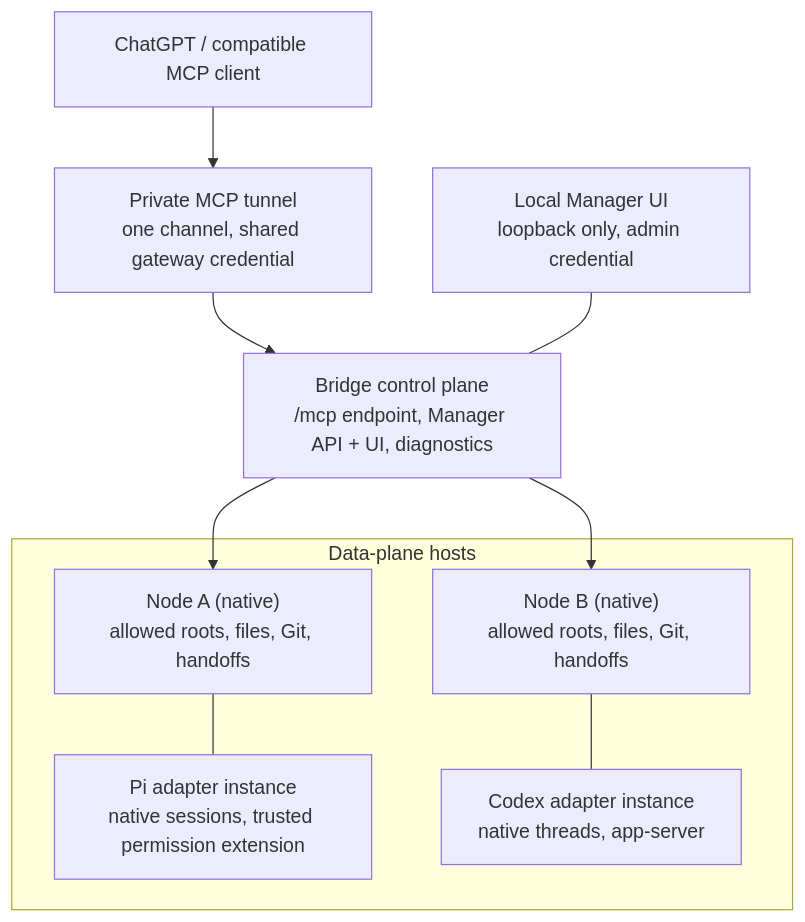
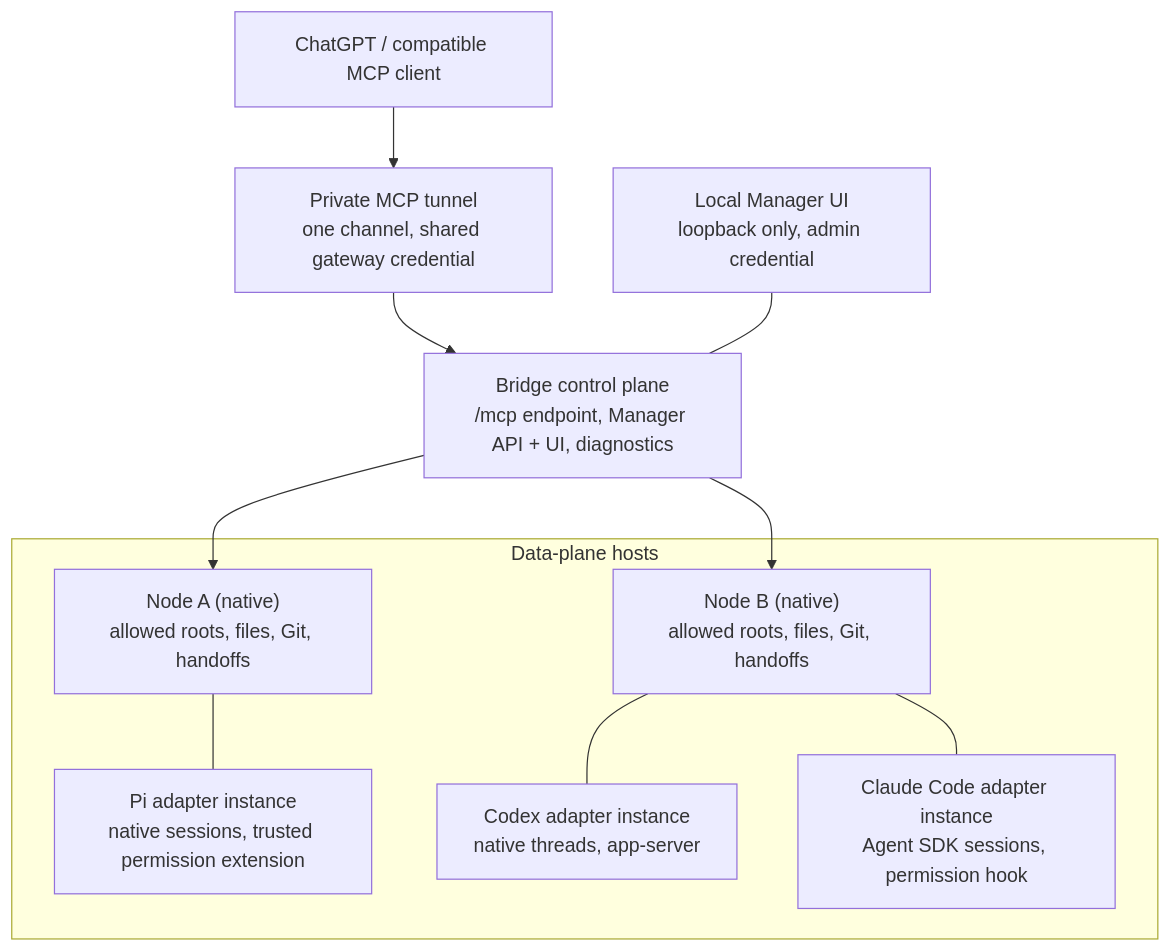
One commit to sheldonxxxx/workspace-bridge changed the first of 5 diagrams in docs/ARCHITECTURE.md. Above: the diagram before and after it, drawn with Mermaid. The commit also changed other lines of this file and 68 other files, not shown here.

First line of the commit message:
release: 0.2.0 with Claude Code runtime and public launch polish

````diff
--- a/docs/ARCHITECTURE.md
+++ b/docs/ARCHITECTURE.md
@@ -11,19 +11,21 @@
 ```mermaid
 flowchart TB
     Client["ChatGPT / compatible MCP client"]
     Tunnel["Private MCP tunnel<br/>one channel, shared gateway credential"]
     Bridge["Bridge control plane<br/>/mcp endpoint, Manager API + UI, diagnostics"]
     Manager["Local Manager UI<br/>loopback only, admin credential"]
     NodeA["Node A (native)<br/>allowed roots, files, Git, handoffs"]
     NodeB["Node B (native)<br/>allowed roots, files, Git, handoffs"]
     Pi["Pi adapter instance<br/>native sessions, trusted permission extension"]
     Codex["Codex adapter instance<br/>native threads, app-server"]
+    Claude["Claude Code adapter instance<br/>Agent SDK sessions, permission hook"]
     subgraph Hosts["Data-plane hosts"]
         NodeA --- Pi
         NodeB --- Codex
+        NodeB --- Claude
     end
     Client --> Tunnel --> Bridge
     Bridge --> NodeA
     Bridge --> NodeB
     Manager --- Bridge
 ```
````
